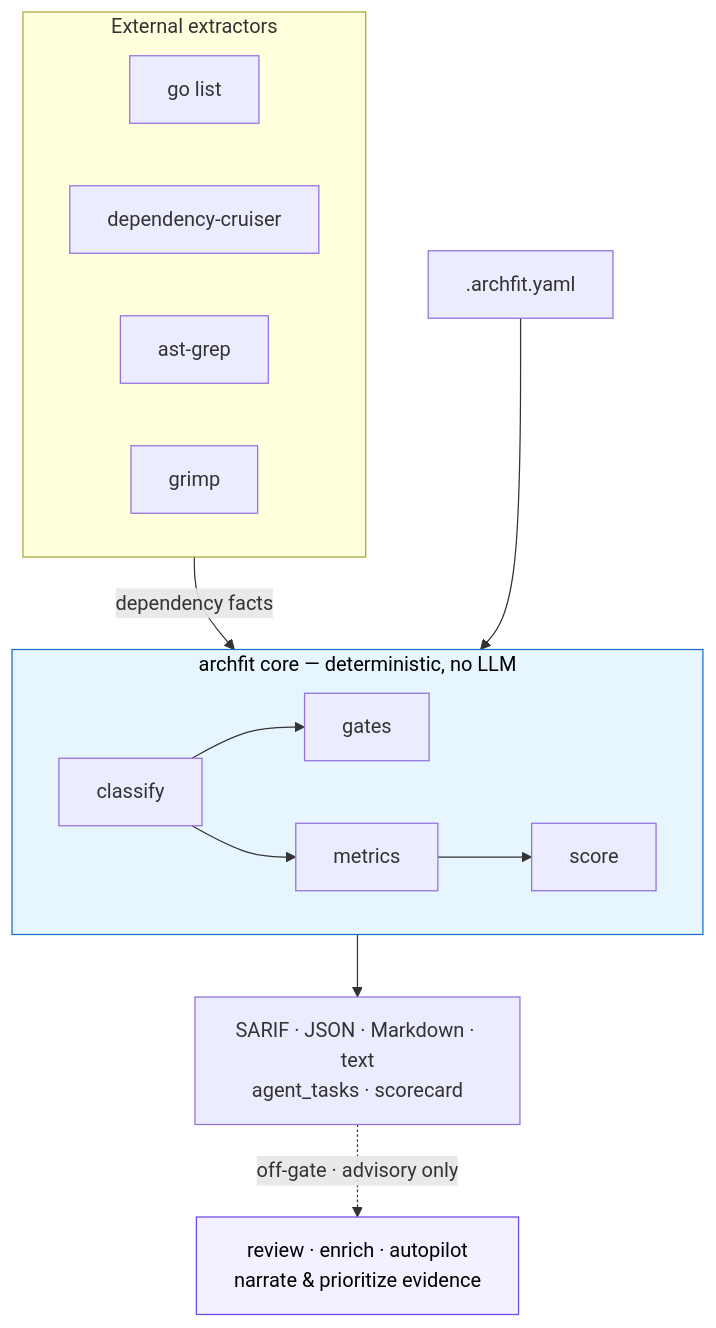
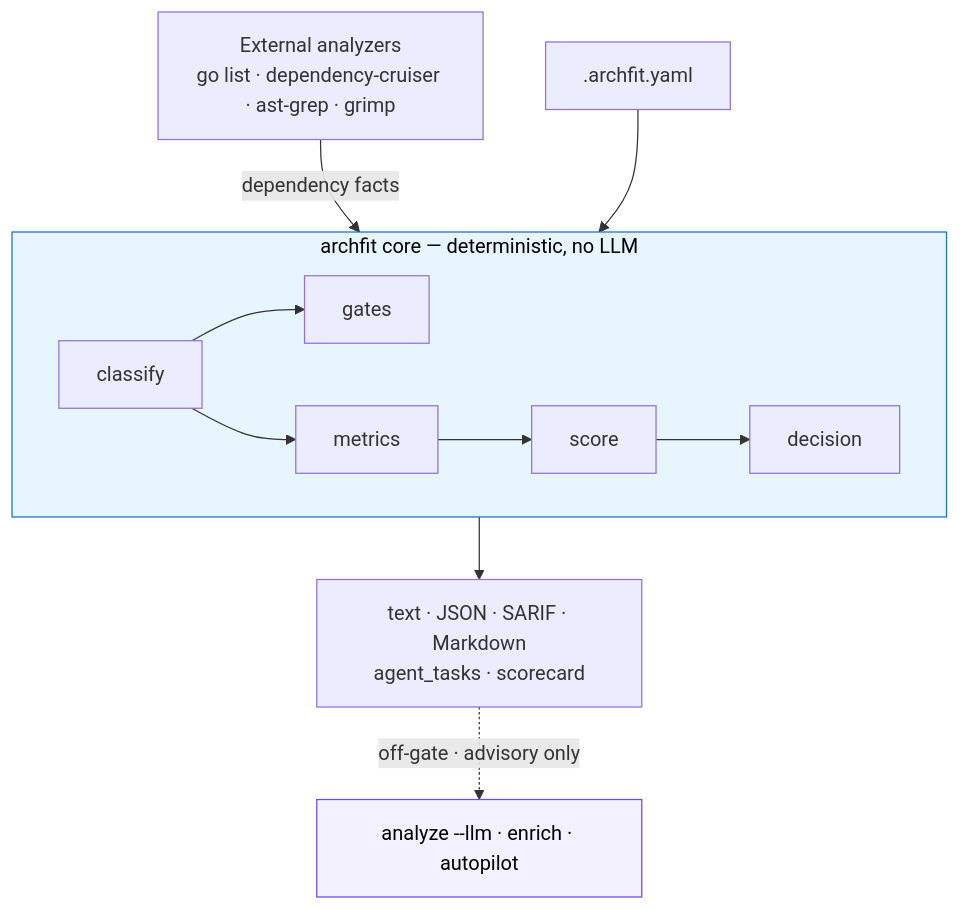
Before and after one commit to alexei-led/archfit: the second of 2 diagrams in README.md, drawn with Mermaid. The commit also changed other lines of this file and 258 other files, not shown here.

````diff
--- a/README.md
+++ b/README.md
@@ -84,23 +144,17 @@
 ```mermaid
 flowchart TB
-    subgraph tools[External extractors]
-        direction LR
-        T1[go list]
-        T2[dependency-cruiser]
-        T3[ast-grep]
-        T4[grimp]
-    end
+    tools["External analyzers<br/>go list · dependency-cruiser · ast-grep · grimp"]
     CFG[".archfit.yaml"]
     tools -->|dependency facts| core
     CFG --> core
     subgraph core["archfit core — deterministic, no LLM"]
         direction LR
         CL[classify] --> RU[gates]
-        CL --> ME[metrics] --> SC[score]
+        CL --> ME[metrics] --> SC[score] --> DE[decision]
     end
-    core --> OUT["SARIF · JSON · Markdown · text<br/>agent_tasks · scorecard"]
-    OUT -. off-gate · advisory only .-> LLM["review · enrich · autopilot<br/>narrate &amp; prioritize evidence"]
+    core --> OUT["text · JSON · SARIF · Markdown<br/>agent_tasks · scorecard"]
+    OUT -. off-gate · advisory only .-> LLM["analyze --llm · enrich · autopilot"]
     classDef side fill:#f3f0ff,stroke:#7048e8,color:#000;
     class LLM side;
     style core fill:#e7f5ff,stroke:#1971c2,color:#000;
 ```
````
